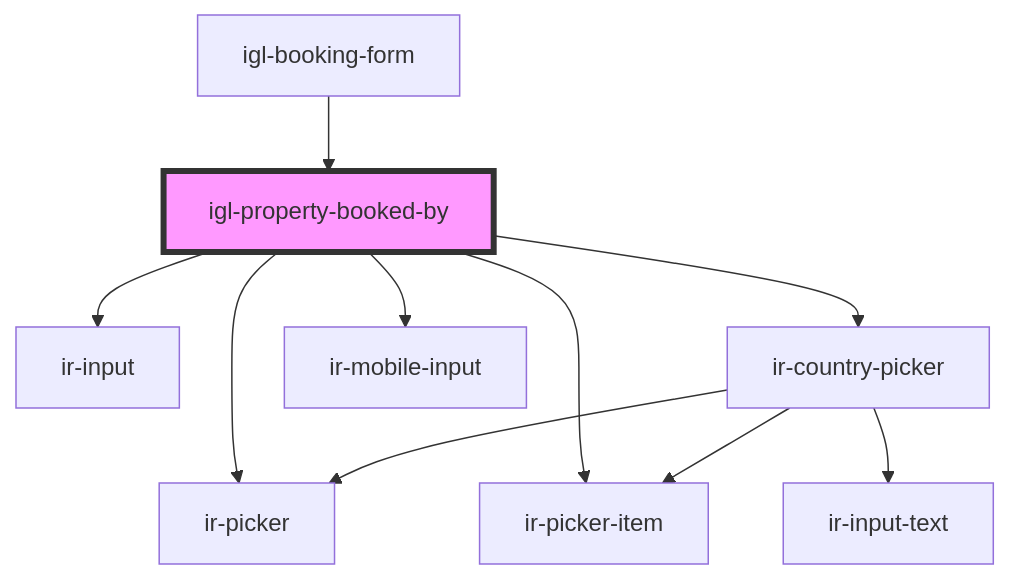
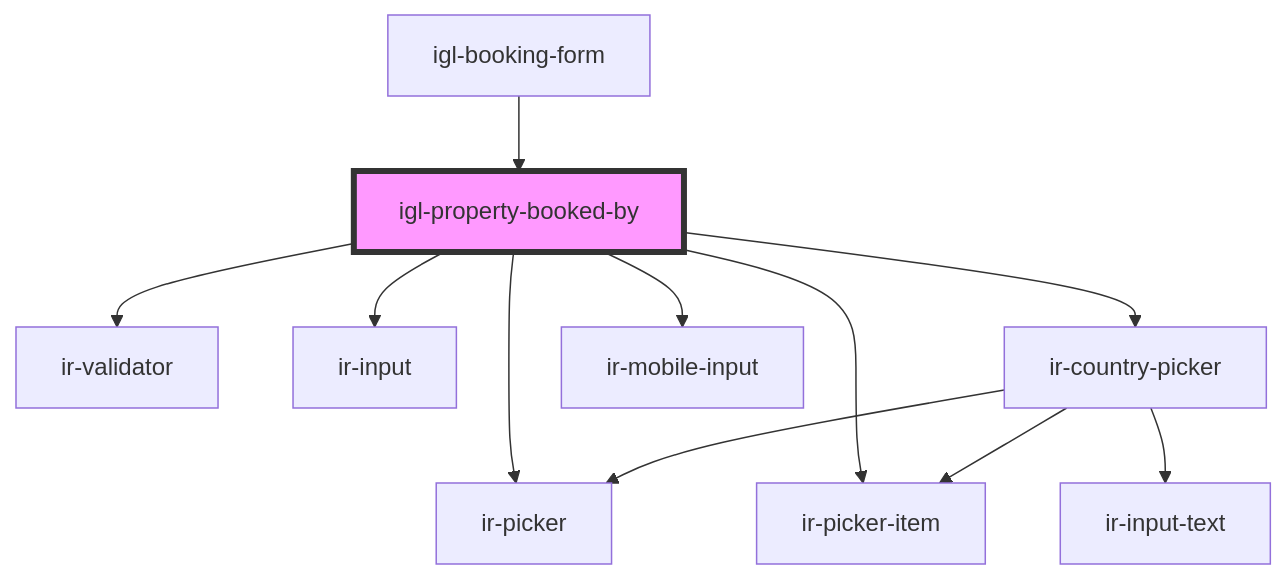
Before and after one commit to RonyRizk/ir-webcmp: the diagram in src/components/igloo-calendar/igl-book-property/igl-booking-form/igl-property-booked-by/readme.md, drawn with Mermaid. The commit also changed other lines of this file and 30 other files, not shown here.

````diff
--- a/src/components/igloo-calendar/igl-book-property/igl-booking-form/igl-property-booked-by/readme.md
+++ b/src/components/igloo-calendar/igl-book-property/igl-booking-form/igl-property-booked-by/readme.md
@@ -41,13 +42,14 @@
 ```mermaid
 graph TD;
   igl-property-booked-by --> ir-picker
   igl-property-booked-by --> ir-picker-item
+  igl-property-booked-by --> ir-validator
   igl-property-booked-by --> ir-input
   igl-property-booked-by --> ir-country-picker
   igl-property-booked-by --> ir-mobile-input
   ir-country-picker --> ir-picker
   ir-country-picker --> ir-picker-item
   ir-country-picker --> ir-input-text
   igl-booking-form --> igl-property-booked-by
   style igl-property-booked-by fill:#f9f,stroke:#333,stroke-width:4px
 ```
````
